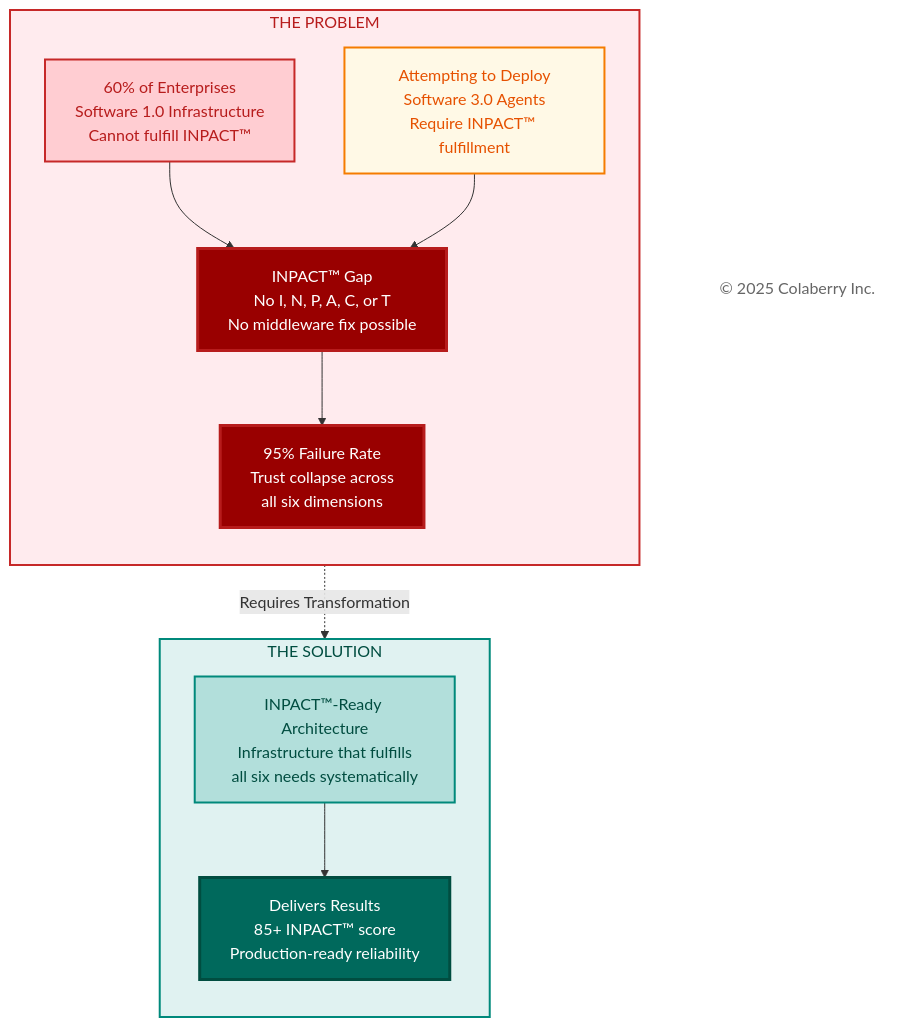
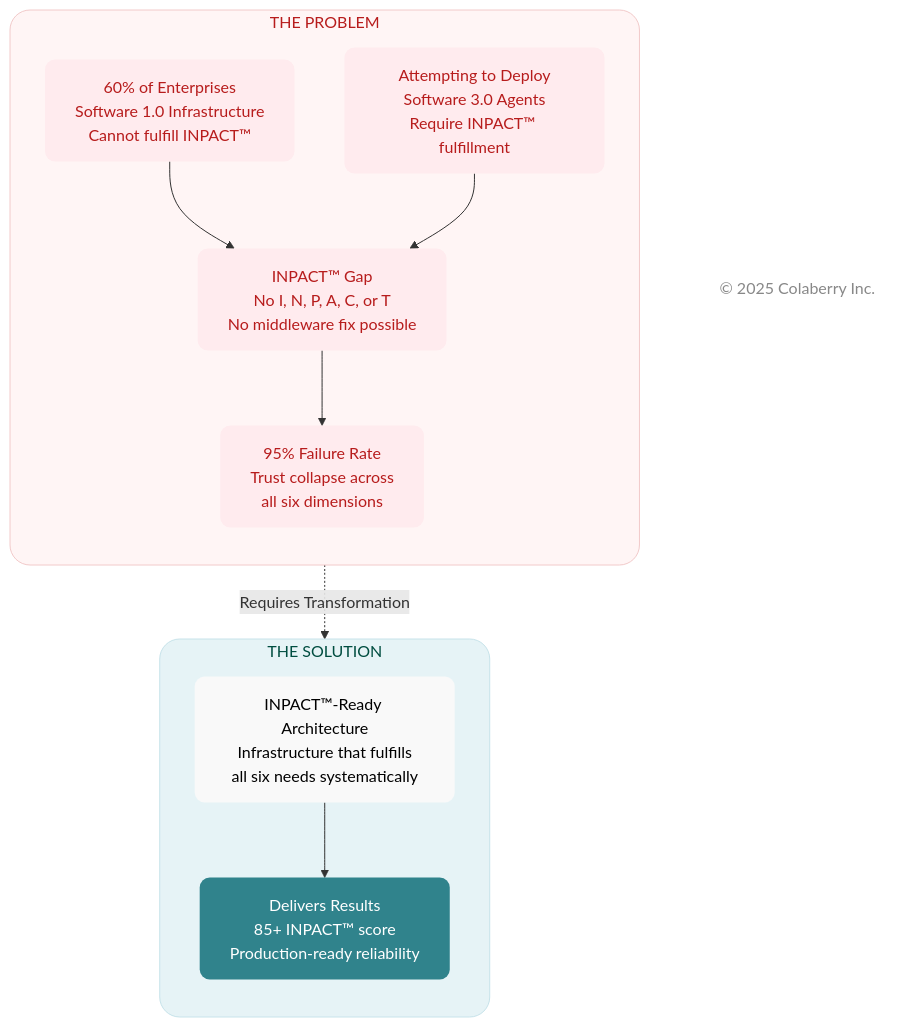
The fourth of 6 diagrams in manuscript/02_chapter_1_why_agents_fail.md (saitejesh-cyber/trust-before-intelligence-book), drawn with Mermaid before and after one commit. The commit also changed other lines of this file and 4 other files, not shown here.

Commit message:
Chapter 1to5: Updated mermaid diagrams based on new colaberry color code

````diff
--- a/manuscript/02_chapter_1_why_agents_fail.md
+++ b/manuscript/02_chapter_1_why_agents_fail.md
@@ -473,43 +475,43 @@
 ```mermaid
 
 graph TB
     subgraph PROBLEM["THE PROBLEM"]
         direction TB
         current["60% of Enterprises<br/>Software 1.0 Infrastructure<br/>Cannot fulfill INPACT™"]
         
         attempting["Attempting to Deploy<br/>Software 3.0 Agents<br/>Require INPACT™ fulfillment"]
         
         gap["INPACT™ Gap<br/>No I, N, P, A, C, or T<br/>No middleware fix possible"]
         
         result["95% Failure Rate<br/>Trust collapse across<br/>all six dimensions"]
         
         current --> gap
         attempting --> gap
         gap --> result
     end
     
     subgraph SOLUTION["THE SOLUTION"]
         direction TB
         transform["INPACT™-Ready Architecture<br/>Infrastructure that fulfills<br/>all six needs systematically"]
         
         delivers["Delivers Results<br/>85+ INPACT™ score<br/>Production-ready reliability"]
         
         transform --> delivers
     end
     
     result -.->|"Requires Transformation"| transform
     
     Copyright["© 2025 Colaberry Inc."]
-    
-    style PROBLEM fill:#ffebee,stroke:#c62828,stroke-width:2px,color:#b71c1c
-    style current fill:#ffcdd2,stroke:#c62828,stroke-width:2px,color:#b71c1c
-    style attempting fill:#fff9e6,stroke:#f57c00,stroke-width:2px,color:#e65100
-    style gap fill:#990000,color:#ffffff,stroke:#b71c1c,stroke-width:3px
-    style result fill:#990000,color:#ffffff,stroke:#b71c1c,stroke-width:3px
-    
-    style SOLUTION fill:#e0f2f1,stroke:#00897b,stroke-width:2px,color:#004d40
-    style transform fill:#b2dfdb,stroke:#00897b,stroke-width:2px,color:#004d40
-    style delivers fill:#00695c,color:#ffffff,stroke:#004d40,stroke-width:3px
-    style Copyright fill:#ffffff,stroke:none,color:#666666
+
+    %% PROBLEM — FAILURE / BI-ERA
+    style PROBLEM fill:#fff5f5,stroke:#f2caca,stroke-width:1px,color:#b71c1c,rx:20,ry:20
+    style current fill:#ffebee,stroke:none,color:#b71c1c,rx:10,ry:10
+    style attempting fill:#ffebee,stroke:none,color:#b71c1c,rx:10,ry:10
+    style gap fill:#ffebee,stroke:none,color:#b71c1c,rx:10,ry:10
+    style result fill:#ffebee,stroke:none,color:#b71c1c,rx:10,ry:10
+    style SOLUTION fill:#e6f3f6,stroke:#c7e3ea,stroke-width:1px,color:#004d40,rx:20,ry:20
+    style transform fill:#f9f9f9,stroke:none,color:#000000,rx:10,ry:10
+    style delivers fill:#30838C,stroke:none,color:#ffffff,rx:10,ry:10
+    style Copyright fill:none,stroke:none,color:#888888
 
 ```
````
